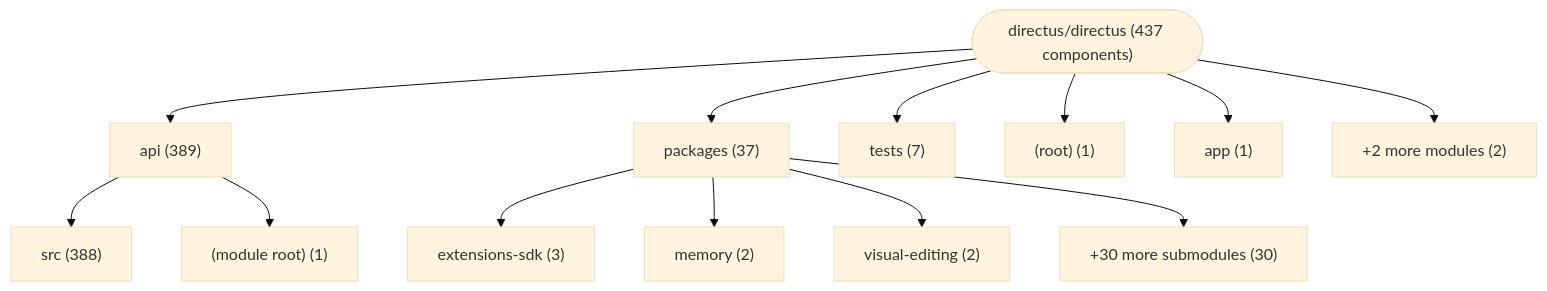
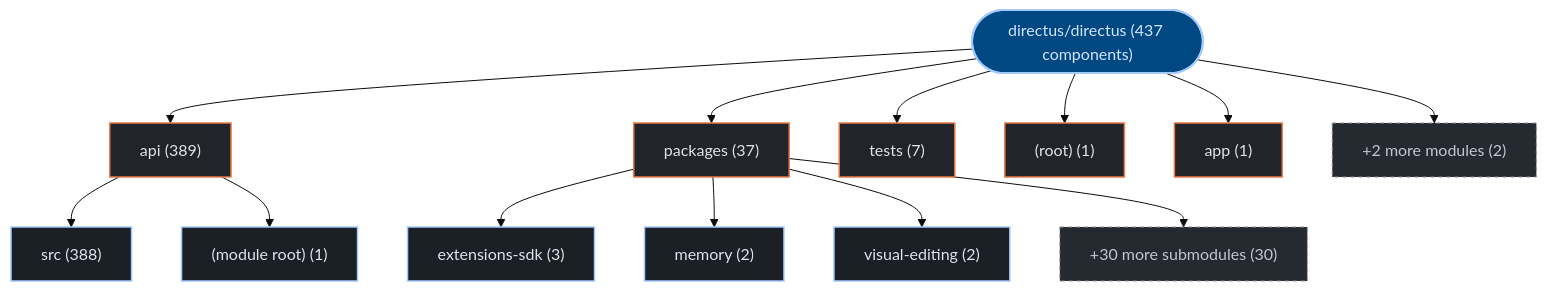
The first of 3 diagrams in exports/latest/reports/directus-directus-report.md (kumarshaz/atruss-code-atlas), drawn with Mermaid (base theme) before and after one commit. The commit also changed other lines of this file and 331 other files, not shown here.

Commit message:
docs,ui,fix: update SDLC docs, reorder CI/CD DAG first, stylize Mermaid, and fix Arc42 pipeline topology

````diff
--- a/exports/latest/reports/directus-directus-report.md
+++ b/exports/latest/reports/directus-directus-report.md
@@ -42,28 +42,35 @@
 ```mermaid
 graph TD;
-    repo_root(["directus/directus (437 components)"])
-    dir_0_api["api (389)"]
+  classDef atlasRoot fill:#004882,stroke:#a3c9ff,stroke-width:2px,color:#d3e4ff
+  classDef atlasCategory fill:#212428,stroke:#E87A48,stroke-width:1.5px,color:#dfe3eb
+  classDef atlasWorkflow fill:#1b2026,stroke:#a3c9ff,stroke-width:1.5px,color:#dfe3eb
+  classDef atlasJob fill:#171c22,stroke:#8d9199,stroke-width:1px,color:#dfe3eb
+  classDef atlasTarget fill:#005227,stroke:#8bd99b,stroke-width:1.5px,color:#a7f6b6
+  classDef atlasAlert fill:#93000a,stroke:#ffb4ab,stroke-width:1.5px,color:#ffdad6
+  classDef atlasMore fill:#252a31,stroke:#8d9199,stroke-dasharray:4 4,color:#c3c6cf
+    repo_root(["directus/directus (437 components)"]):::atlasRoot
+    dir_0_api["api (389)"]:::atlasCategory
     repo_root --> dir_0_api
-    sub_0_0_src["src (388)"]
+    sub_0_0_src["src (388)"]:::atlasWorkflow
     dir_0_api --> sub_0_0_src
-    sub_0_1__module_root_["(module root) (1)"]
+    sub_0_1__module_root_["(module root) (1)"]:::atlasWorkflow
     dir_0_api --> sub_0_1__module_root_
-    dir_1_packages["packages (37)"]
+    dir_1_packages["packages (37)"]:::atlasCategory
     repo_root --> dir_1_packages
-    sub_1_0_extensions_sdk["extensions-sdk (3)"]
+    sub_1_0_extensions_sdk["extensions-sdk (3)"]:::atlasWorkflow
     dir_1_packages --> sub_1_0_extensions_sdk
-    sub_1_1_memory["memory (2)"]
+    sub_1_1_memory["memory (2)"]:::atlasWorkflow
     dir_1_packages --> sub_1_1_memory
-    sub_1_2_visual_editing["visual-editing (2)"]
+    sub_1_2_visual_editing["visual-editing (2)"]:::atlasWorkflow
     dir_1_packages --> sub_1_2_visual_editing
-    sub_1_more["+30 more submodules (30)"]
+    sub_1_more["+30 more submodules (30)"]:::atlasMore
     dir_1_packages --> sub_1_more
-    dir_2_tests["tests (7)"]
+    dir_2_tests["tests (7)"]:::atlasCategory
     repo_root --> dir_2_tests
-    dir_3__root_["(root) (1)"]
+    dir_3__root_["(root) (1)"]:::atlasCategory
     repo_root --> dir_3__root_
-    dir_4_app["app (1)"]
+    dir_4_app["app (1)"]:::atlasCategory
     repo_root --> dir_4_app
-    dir_other_modules["+2 more modules (2)"]
+    dir_other_modules["+2 more modules (2)"]:::atlasMore
     repo_root --> dir_other_modules
 ```
````
